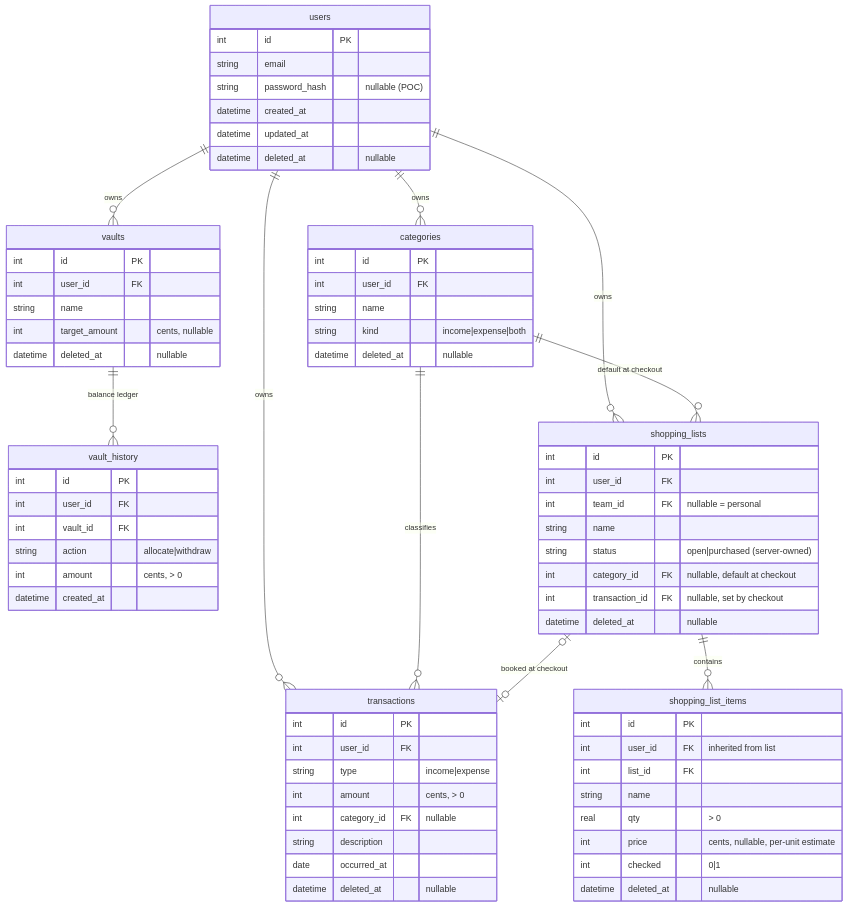
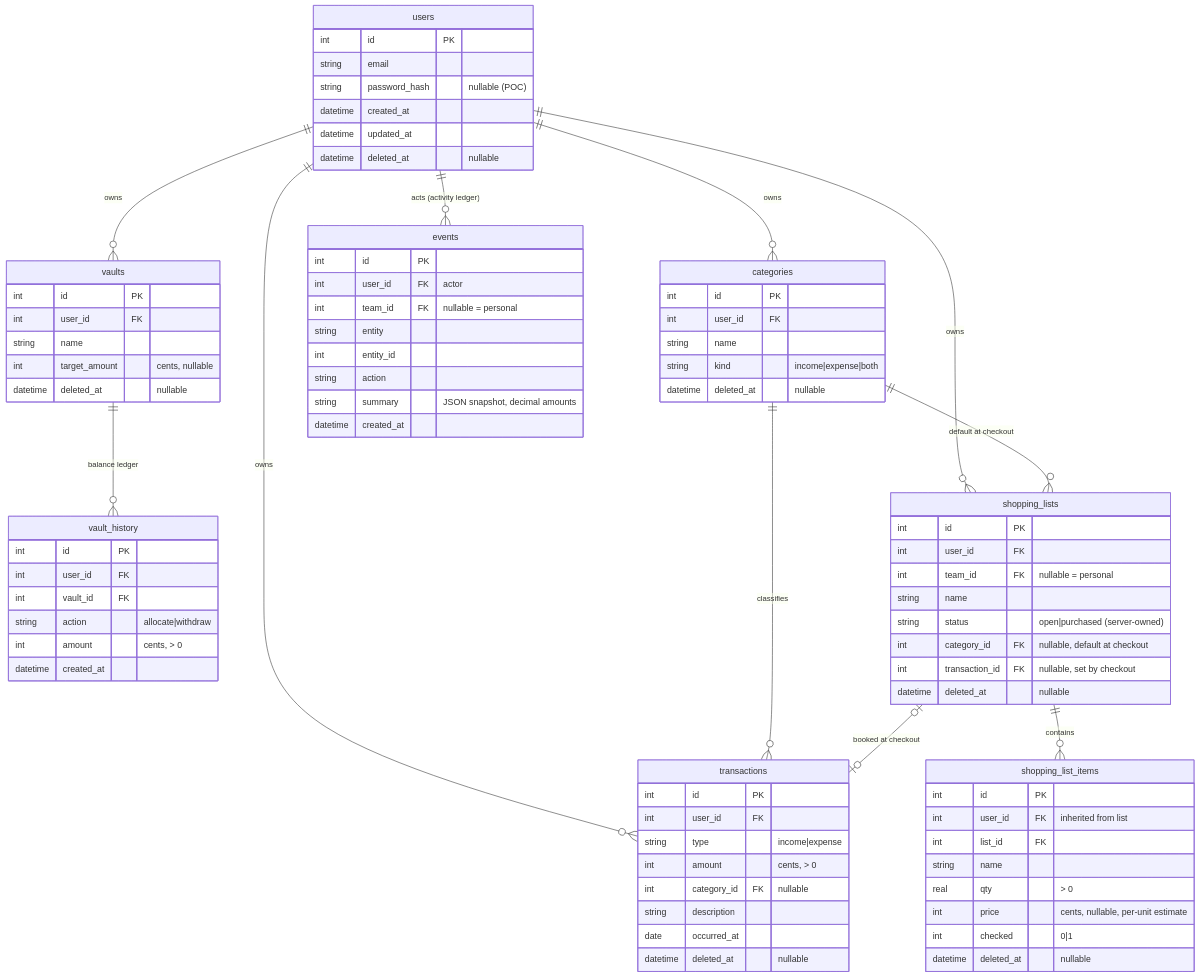
Before and after one commit to JayroGG/balance: the first of 6 diagrams in ARCHITECTURE.md, drawn with Mermaid. The commit also changed other lines of this file and 24 other files, not shown here.

First line of the commit message:
[STAGE] feat: activity events ledger with context-scoped /events feed(#9)

````diff
--- a/ARCHITECTURE.md
+++ b/ARCHITECTURE.md
@@ -15,6 +15,7 @@
     shopping_lists ||--o{ shopping_list_items : contains
     shopping_lists |o--o| transactions : "booked at checkout"
     categories ||--o{ shopping_lists : "default at checkout"
+    users ||--o{ events : "acts (activity ledger)"
 
     users {
         int id PK
@@ -76,4 +77,14 @@
         int checked "0|1"
         datetime deleted_at "nullable"
     }
+    events {
+        int id PK
+        int user_id FK "actor"
+        int team_id FK "nullable = personal"
+        string entity
+        int entity_id
+        string action
+        string summary "JSON snapshot, decimal amounts"
+        datetime created_at
+    }
 ```
````
